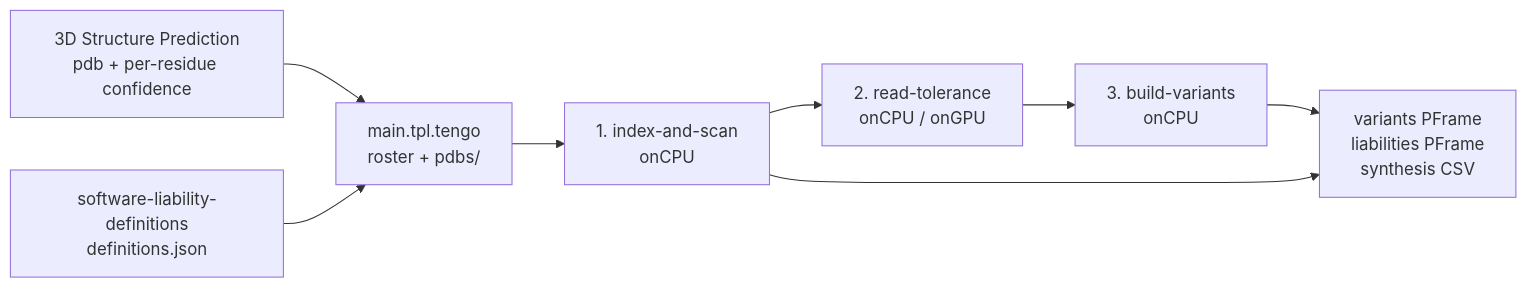
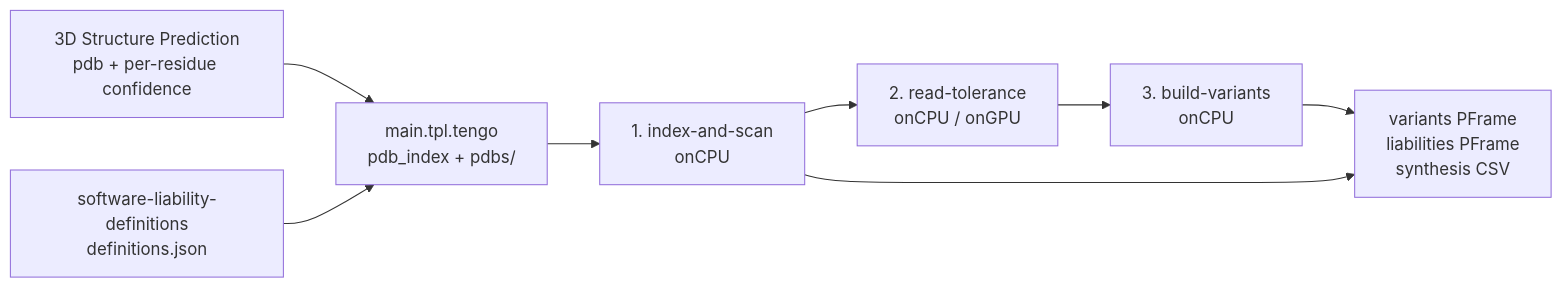
The diagram in README.md (platforma-open/antibody-variant-designer), drawn with Mermaid before and after one commit. The commit also changed other lines of this file and 22 other files, not shown here.

Commit message:
[MILAB-6679]: refactor: rename roster to pdb_index across the block

````diff
--- a/README.md
+++ b/README.md
@@ -31,9 +31,9 @@
 ```mermaid
 flowchart LR
   U["3D Structure Prediction<br/>pdb + per-residue confidence"] --> M
   T["software-liability-definitions<br/>definitions.json"] --> M
-  M["main.tpl.tengo<br/>roster + pdbs/"] --> S1
+  M["main.tpl.tengo<br/>pdb_index + pdbs/"] --> S1
   S1["1. index-and-scan<br/>onCPU"] --> S2["2. read-tolerance<br/>onCPU / onGPU"] --> S3["3. build-variants<br/>onCPU"]
   S3 --> O["variants PFrame<br/>liabilities PFrame<br/>synthesis CSV"]
   S1 --> O
 ```
````
